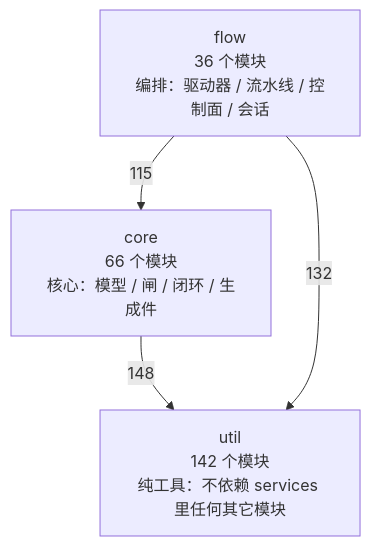
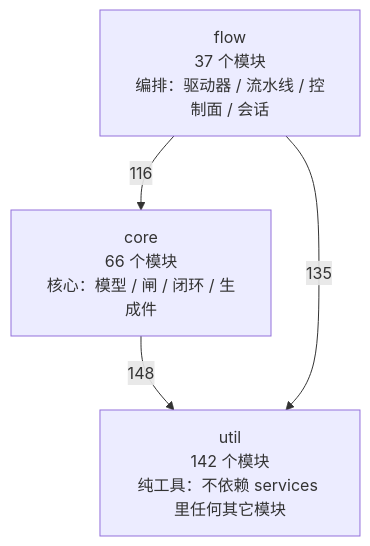
One commit to 2686521696/WhyBuddy changed the first of 4 diagrams in docs/SlideRule V6.2 架构图（自动生成）.md. Above: the diagram before and after it, drawn with Mermaid. The commit also changed other lines of this file and 33 other files, not shown here.

````diff
--- a/docs/SlideRule V6.2 架构图（自动生成）.md
+++ b/docs/SlideRule V6.2 架构图（自动生成）.md
@@ -50,9 +50,9 @@
 ```mermaid
 flowchart TB
   util["util<br/>142 个模块<br/>纯工具：不依赖 services 里任何其它模块"]
   core["core<br/>66 个模块<br/>核心：模型 / 闸 / 闭环 / 生成件"]
-  flow["flow<br/>36 个模块<br/>编排：驱动器 / 流水线 / 控制面 / 会话"]
+  flow["flow<br/>37 个模块<br/>编排：驱动器 / 流水线 / 控制面 / 会话"]
   core -->|148| util
-  flow -->|115| core
-  flow -->|132| util
+  flow -->|116| core
+  flow -->|135| util
 ```
````
